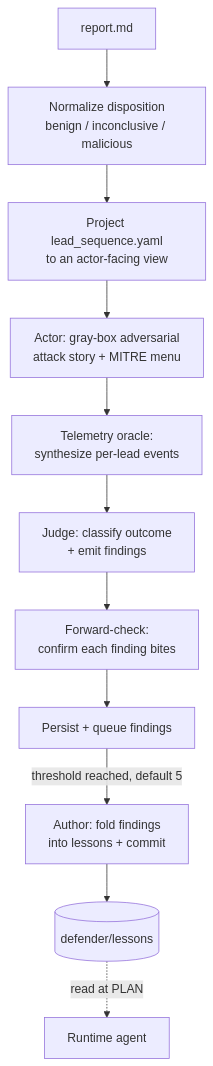
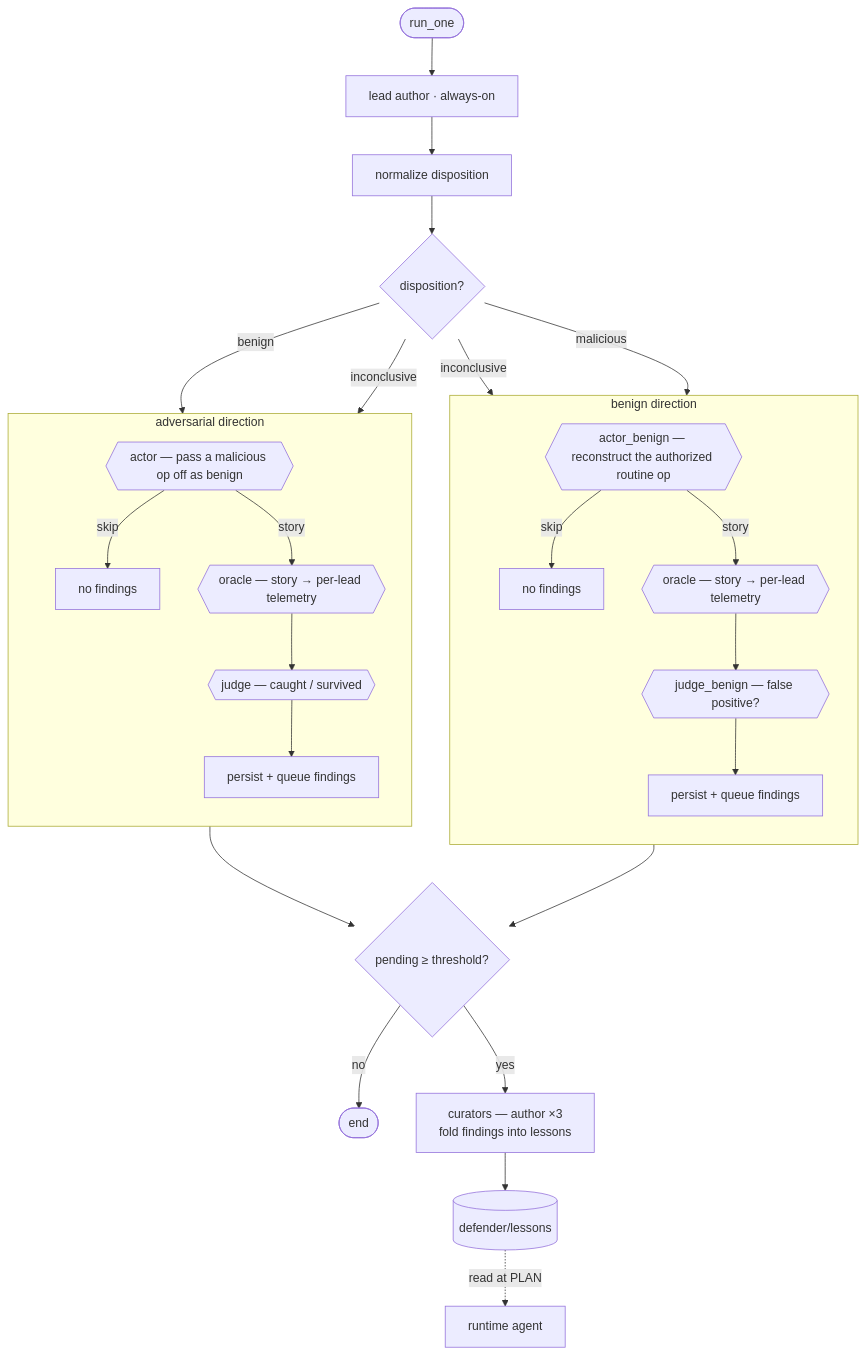
Before and after one commit to beetroot-salad/cyber-response-agent: the second of 2 diagrams in README.md, drawn with Mermaid. The commit also changed other lines of this file, not shown here.

Commit message:
docs: rebuild learning-loop diagram from flowmap (disposition branch)
Replace the linear chain with the loop's real structure from
flowmap-learning-loop.md: normalize → disposition branch into
adversarial / benign directions (inconclusive runs both), each an
actor→oracle→judge pipeline with a skip path, converging on the
threshold-gated curators. Agents drawn as hexagons, code as rectangles.

````diff
--- a/README.md
+++ b/README.md
@@ -38,13 +38,35 @@
 ```mermaid
 flowchart TD
-    REPORT[report.md] --> N[Normalize disposition<br/>benign / inconclusive / malicious]
-    N --> P[Project lead_sequence.yaml<br/>to an actor-facing view]
-    P --> A[Actor: gray-box adversarial<br/>attack story + MITRE menu]
-    A --> O[Telemetry oracle:<br/>synthesize per-lead events]
-    O --> J[Judge: classify outcome<br/>+ emit findings]
-    J --> F[Forward-check:<br/>confirm each finding bites]
-    F --> Q[Persist + queue findings]
-    Q -->|threshold reached, default 5| AU[Author: fold findings<br/>into lessons + commit]
-    AU --> L[(defender/lessons)]
-    L -.->|read at PLAN| PLAN[Runtime agent]
+    R([run_one]) --> LA[lead author · always-on]
+    LA --> ND[normalize disposition]
+    ND --> D{disposition?}
+    D -->|benign| ADV
+    D -->|inconclusive| ADV
+    D -->|inconclusive| BEN
+    D -->|malicious| BEN
+
+    subgraph ADV [adversarial direction]
+      direction TB
+      A1{{"actor — pass a malicious op off as benign"}}
+      A1 -->|skip| AX[no findings]
+      A1 -->|story| AO{{"oracle — story → per-lead telemetry"}}
+      AO --> AJ{{"judge — caught / survived"}}
+      AJ --> APP[persist + queue findings]
+    end
+
+    subgraph BEN [benign direction]
+      direction TB
+      B1{{"actor_benign — reconstruct the authorized routine op"}}
+      B1 -->|skip| BX[no findings]
+      B1 -->|story| BO{{"oracle — story → per-lead telemetry"}}
+      BO --> BJ{{"judge_benign — false positive?"}}
+      BJ --> BPP[persist + queue findings]
+    end
+
+    ADV --> T{pending ≥ threshold?}
+    BEN --> T
+    T -->|no| E([end])
+    T -->|yes| CUR["curators — author ×3<br/>fold findings into lessons"]
+    CUR --> L[(defender/lessons)]
+    L -.->|read at PLAN| RT[runtime agent]
 ```
````
